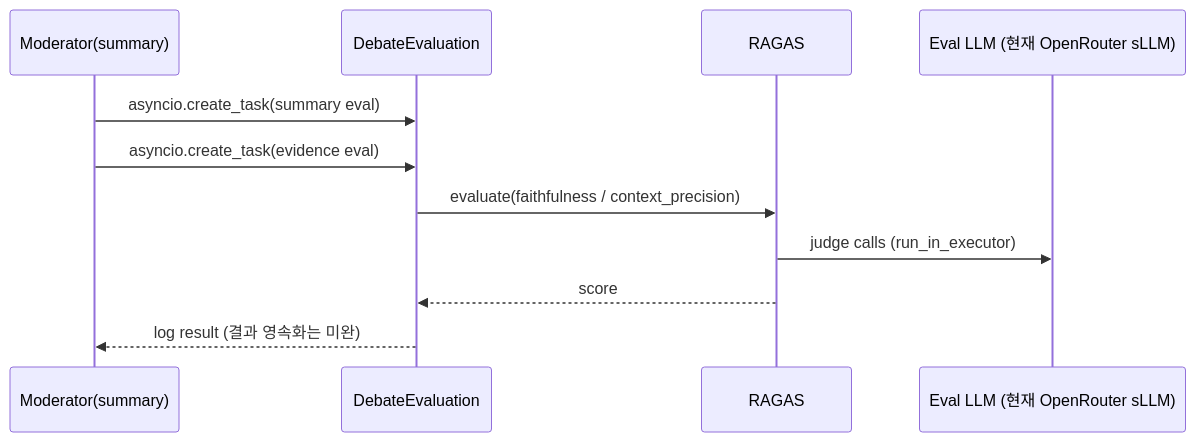
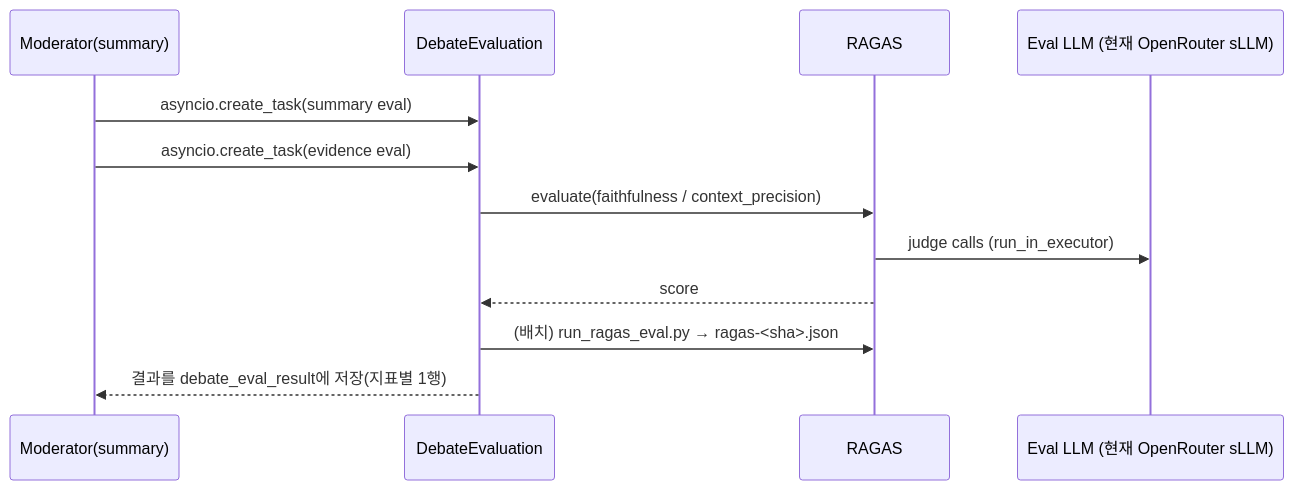
The fourth of 5 diagrams in memo/design/sequence-diagram.md (TickerTaka/TickerTaka-backend), drawn with Mermaid before and after one commit. The commit also changed other lines of this file and 4 other files, not shown here.

````diff
--- a/memo/design/sequence-diagram.md
+++ b/memo/design/sequence-diagram.md
@@ -166,14 +166,15 @@
 ```mermaid
 sequenceDiagram
     participant MD as Moderator(summary)
     participant EV as DebateEvaluation
     participant RAGAS as RAGAS
     participant LLM as Eval LLM (현재 OpenRouter sLLM)
 
     MD->>EV: asyncio.create_task(summary eval)
     MD->>EV: asyncio.create_task(evidence eval)
     EV->>RAGAS: evaluate(faithfulness / context_precision)
     RAGAS->>LLM: judge calls (run_in_executor)
     RAGAS-->>EV: score
-    EV-->>MD: log result (결과 영속화는 미완)
+    EV->>RAGAS: (배치) run_ragas_eval.py → ragas-<sha>.json
+    EV-->>MD: 결과를 debate_eval_result에 저장(지표별 1행)
 ```
````
